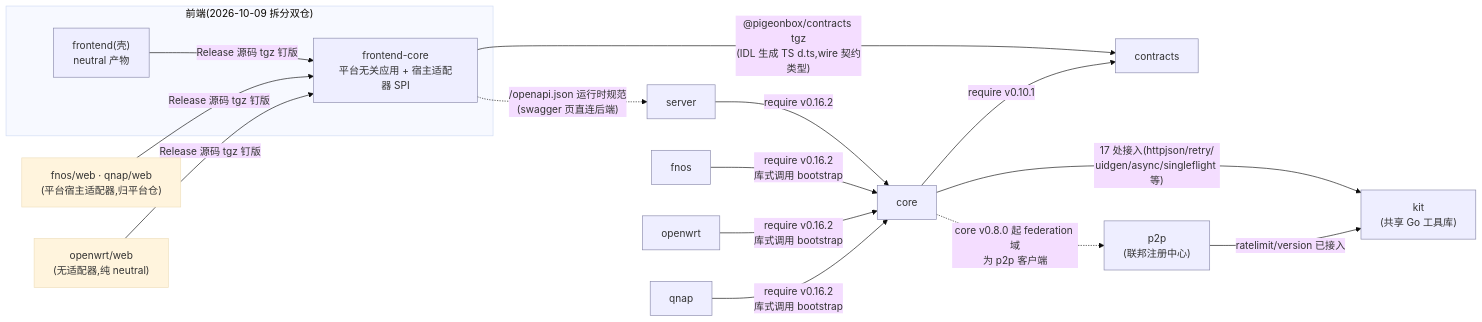
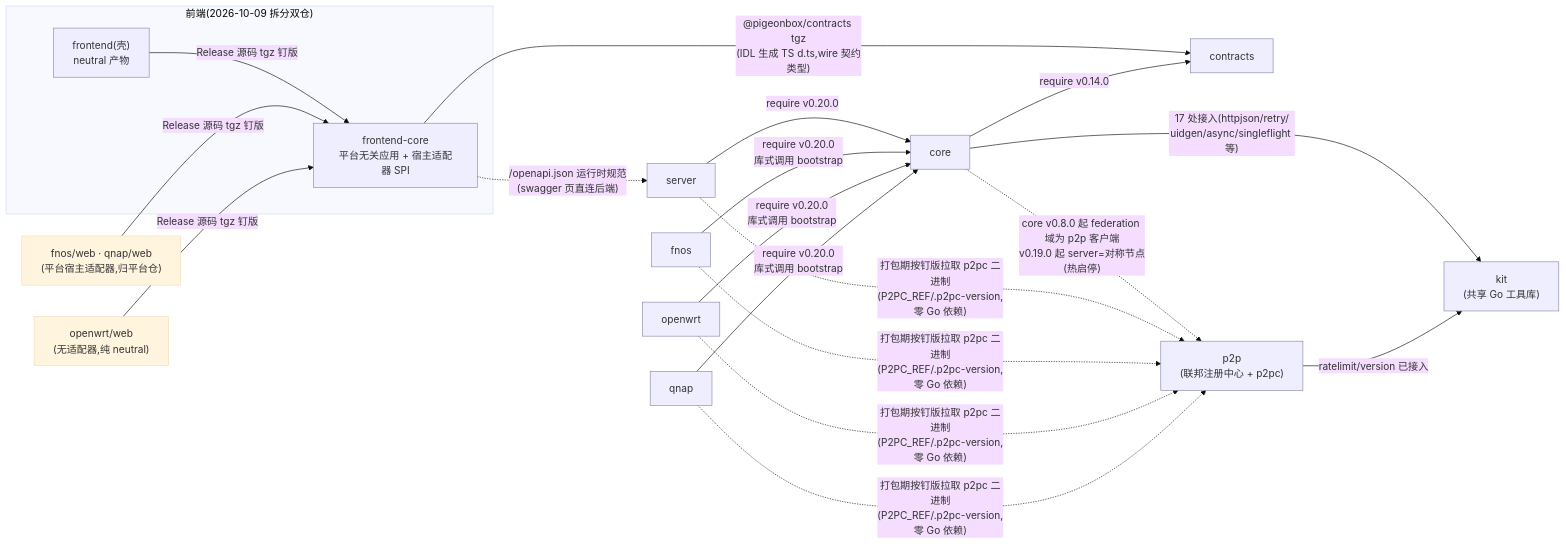
Before and after one commit to pigeonbox/pigeonbox: the second of 10 diagrams in docs/architecture.md, drawn with Mermaid (base theme). The commit also changed other lines of this file and 12 other files, not shown here.

````diff
--- a/docs/architecture.md
+++ b/docs/architecture.md
@@ -50,25 +50,26 @@
 ```mermaid
 graph LR
     subgraph FEW["前端(2026-10-09 拆分双仓)"]
         FES["frontend(壳)<br/>neutral 产物"]
         FEC["frontend-core<br/>平台无关应用 + 宿主适配器 SPI"]
         FES -->|"Release 源码 tgz 钉版"| FEC
     end
     PW["fnos/web · qnap/web<br/>(平台宿主适配器,归平台仓)"] -->|"Release 源码 tgz 钉版"| FEC
     OWW["openwrt/web<br/>(无适配器,纯 neutral)"] -->|"Release 源码 tgz 钉版"| FEC
     FEC -->|"@pigeonbox/contracts tgz<br/>(IDL 生成 TS d.ts,wire 契约类型)"| CTX["contracts"]
     FEC -.->|"/openapi.json 运行时规范<br/>(swagger 页直连后端)"| SRV["server"]
-    SRV -->|"require v0.16.2"| CORE["core"]
-    FNOS["fnos"] -->|"require v0.16.2<br/>库式调用 bootstrap"| CORE
-    OWRT["openwrt"] -->|"require v0.16.2<br/>库式调用 bootstrap"| CORE
-    QNAPG["qnap"] -->|"require v0.16.2<br/>库式调用 bootstrap"| CORE
-    CORE -->|"require v0.10.1"| CTX
-    P2P["p2p<br/>(联邦注册中心)"]
-    CORE -.->|"core v0.8.0 起 federation 域<br/>为 p2p 客户端"| P2P
+    SRV -->|"require v0.20.0"| CORE["core"]
+    FNOS["fnos"] -->|"require v0.20.0<br/>库式调用 bootstrap"| CORE
+    OWRT["openwrt"] -->|"require v0.20.0<br/>库式调用 bootstrap"| CORE
+    QNAPG["qnap"] -->|"require v0.20.0<br/>库式调用 bootstrap"| CORE
+    CORE -->|"require v0.14.0"| CTX
+    P2P["p2p<br/>(联邦注册中心 + p2pc)"]
+    CORE -.->|"core v0.8.0 起 federation 域为 p2p 客户端<br/>v0.19.0 起 server=对称节点(热启停)"| P2P
+    SRV & FNOS & OWRT & QNAPG -.->|"打包期按钉版拉取 p2pc 二进制<br/>(P2PC_REF/.p2pc-version,零 Go 依赖)"| P2P
     KIT["kit<br/>(共享 Go 工具库)"]
     CORE -->|"17 处接入(httpjson/retry/<br/>uidgen/async/singleflight 等)"| KIT
     P2P -->|"ratelimit/version 已接入"| KIT
 
     classDef plain fill:#eef,stroke:#88a
     class CTX,CORE,SRV,FES,FEC,FNOS,OWRT,QNAPG,P2P,KIT plain
 ```
````
